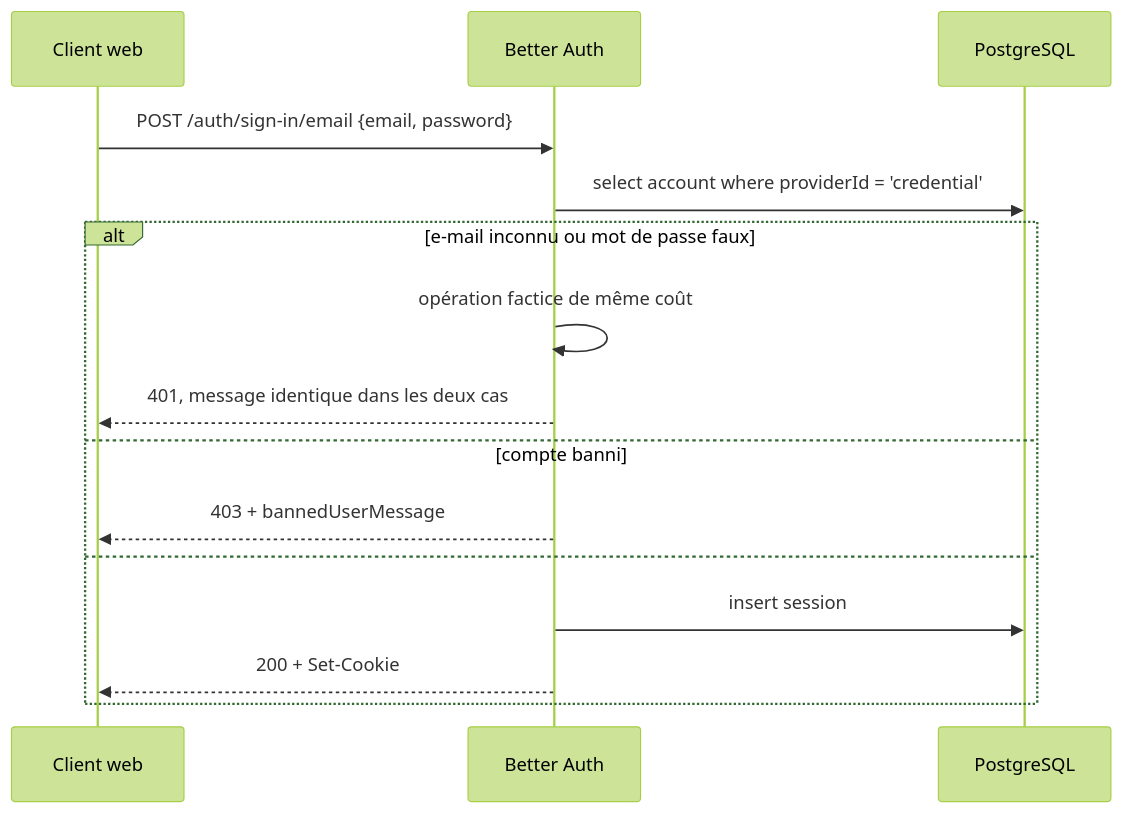
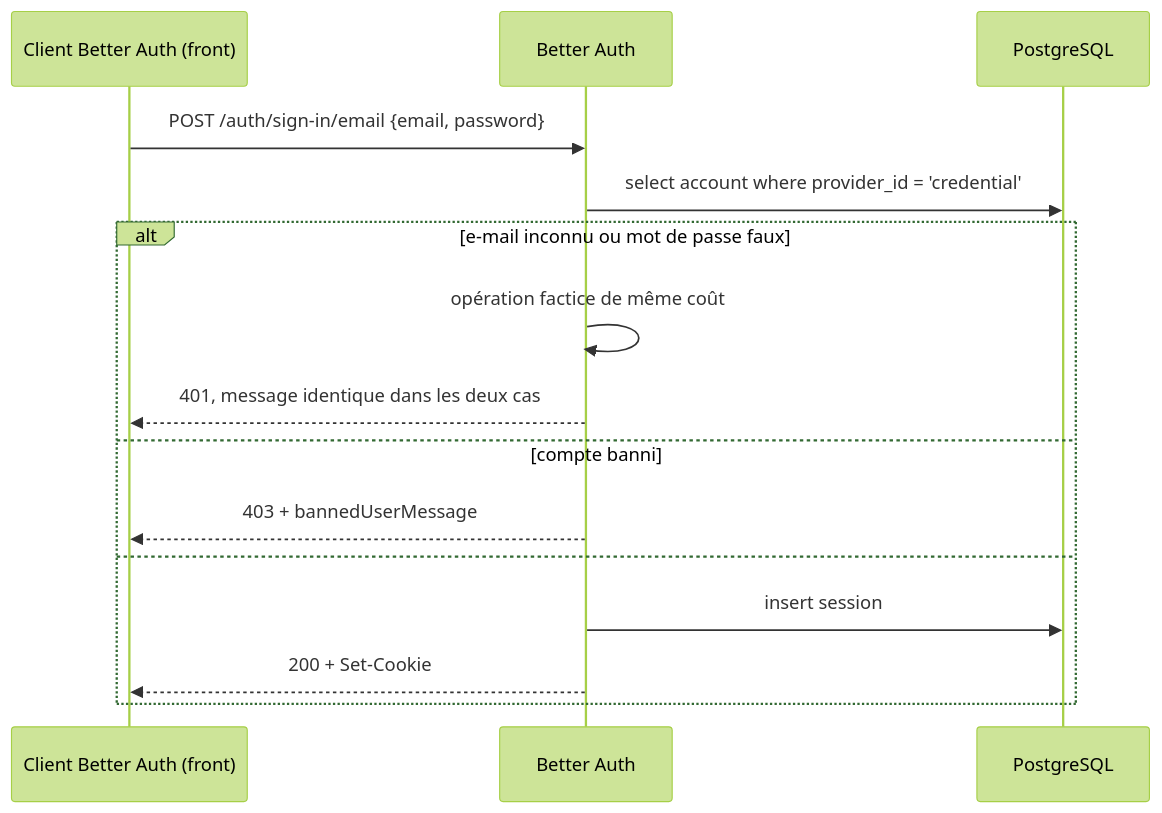
The second of 7 diagrams in docs/design/authentication.md (Charles-Mahoudeau/survivor-cartepro), drawn with Mermaid (forest theme) before and after one commit. The commit also changed other lines of this file and 1 other file, not shown here.

First line of the commit message:
docs(auth): rewrite the specification for the inverted schema ownership

````diff
--- a/docs/design/authentication.md
+++ b/docs/design/authentication.md
@@ -217,18 +224,18 @@
 ```mermaid
 sequenceDiagram
-    participant C as Client web
+    participant C as Client Better Auth (front)
     participant B as Better Auth
     participant D as PostgreSQL
 
     C->>B: POST /auth/sign-in/email {email, password}
-    B->>D: select account where providerId = 'credential'
+    B->>D: select account where provider_id = 'credential'
     alt e-mail inconnu ou mot de passe faux
         B->>B: opération factice de même coût
         B-->>C: 401, message identique dans les deux cas
     else compte banni
         B-->>C: 403 + bannedUserMessage
     else
         B->>D: insert session
         B-->>C: 200 + Set-Cookie
     end
 ```
````
